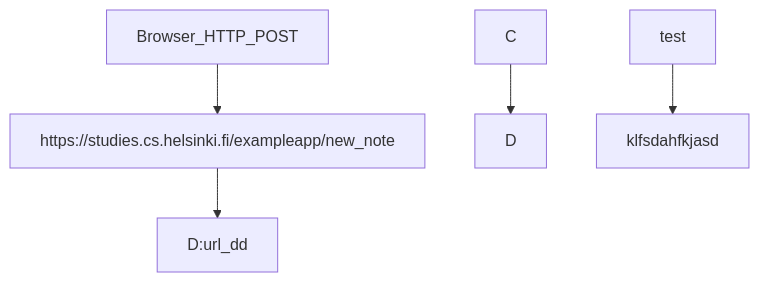
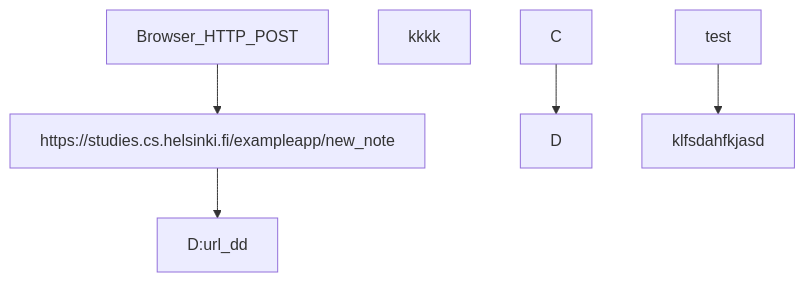
The diagram in Part0/0.4 - New note diagram/readme.md (TomppeliG6-8/fullstack), drawn with Mermaid before and after one commit.

````diff
--- a/Part0/0.4 - New note diagram/readme.md
+++ b/Part0/0.4 - New note diagram/readme.md
@@ -1,7 +1,7 @@
 ```mermaid
 graph TD;
     Browser_HTTP_POST-->https://studies.cs.helsinki.fi/exampleapp/new_note;
-    https://studies.cs.helsinki.fi/exampleapp/new_note-->D:url_dd;
+    https://studies.cs.helsinki.fi/exampleapp/new_note-->D:url_dd;kkkk
     C-->D;
     test-->klfsdahfkjasd;
 ```
````
